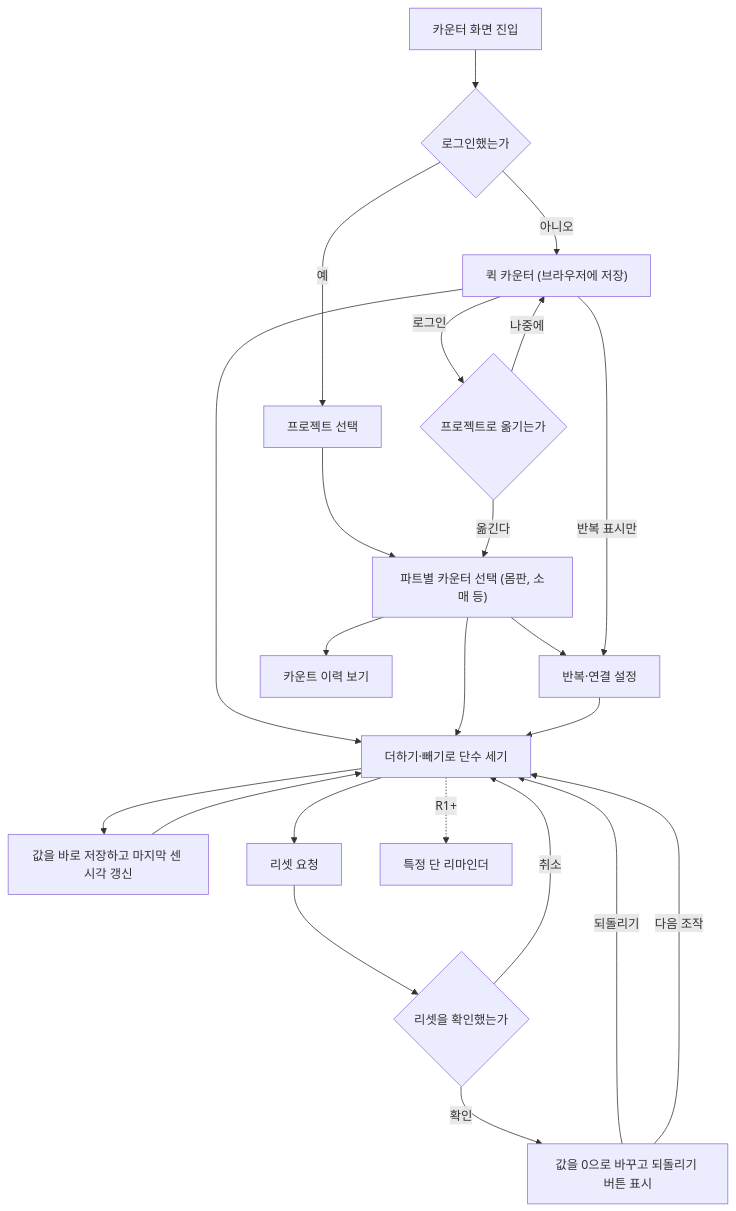
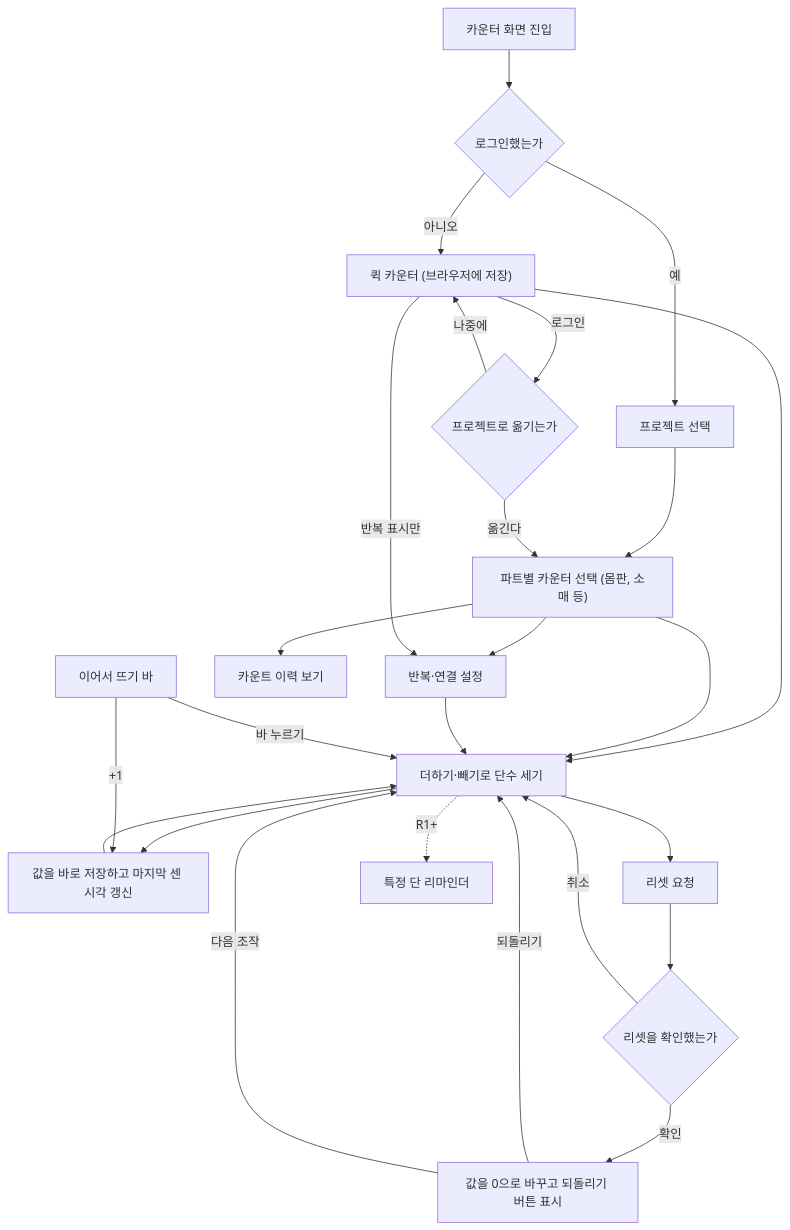
The diagram in docs/specs/003-row-counter/requirements.md (god3v/hamtteukka), drawn with Mermaid before and after one commit. The commit also changed other lines of this file and 1 other file, not shown here.

````diff
--- a/docs/specs/003-row-counter/requirements.md
+++ b/docs/specs/003-row-counter/requirements.md
@@ -49,26 +49,28 @@
 ```mermaid
 flowchart TD
     entry["카운터 화면 진입"] --> auth{"로그인했는가"}
     auth -->|"아니오"| quick["퀵 카운터 (브라우저에 저장)"]
     auth -->|"예"| project["프로젝트 선택"]
     count["더하기·빼기로 단수 세기"]
     project --> part["파트별 카운터 선택 (몸판, 소매 등)"]
     quick --> count
     part --> count
     part --> setup["반복·연결 설정"]
     quick -->|"반복 표시만"| setup
     setup --> count
     count --> save["값을 바로 저장하고 마지막 센 시각 갱신"]
     save --> count
     count --> reset["리셋 요청"]
     reset --> confirm{"리셋을 확인했는가"}
     confirm -->|"취소"| count
     confirm -->|"확인"| zero["값을 0으로 바꾸고 되돌리기 버튼 표시"]
     zero -->|"되돌리기"| count
     zero -->|"다음 조작"| count
     part --> history["카운트 이력 보기"]
+    bar["이어서 뜨기 바"] -->|"바 누르기"| count
+    bar -->|"+1"| save
     quick -->|"로그인"| move{"프로젝트로 옮기는가"}
     move -->|"옮긴다"| part
     move -->|"나중에"| quick
     count -.->|"R1+"| reminder["특정 단 리마인더"]
 ```
````
